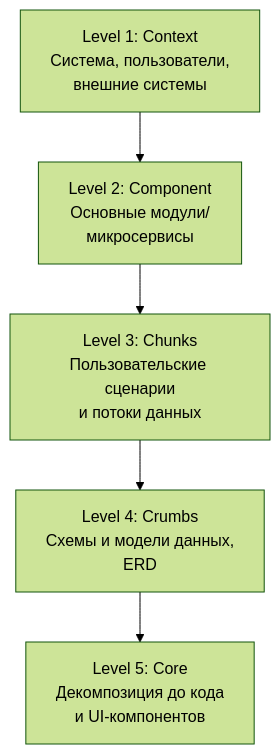
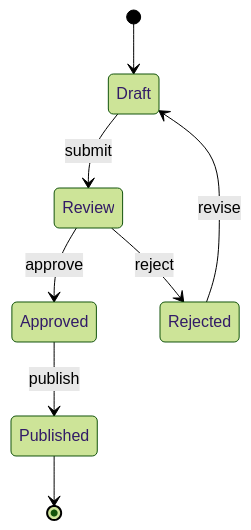
The fourth of 5 diagrams in content/1.mdx (GTFB/probo), drawn with Mermaid (forest theme) before and after one commit. The commit also changed other lines of this file and 30 other files, not shown here.

First line of the commit message:
Fix Mermaid diagrams rendering and styling issues

````diff
--- a/content/1.mdx
+++ b/content/1.mdx
@@ -70,12 +280,16 @@
 ```mermaid
 %% zoom: true
 %% height: 60vh
 %% zoom-min: 0.5
 %% zoom-max: 3
 %% zoom-initial: 0.8
-graph TD
-    C1["Level 1: Context<br/>Система, пользователи,<br/>внешние системы"] --> C2["Level 2: Component<br/>Основные модули/<br/>микросервисы"]
-    C2 --> C3["Level 3: Chunks<br/>Пользовательские сценарии<br/>и потоки данных"]
-    C3 --> C4["Level 4: Crumbs<br/>Схемы и модели данных,<br/>ERD"]
-    C4 --> C5["Level 5: Core<br/>Декомпозиция до кода<br/>и UI-компонентов"]
+%% disable-tooltip: true
+stateDiagram-v2
+    [*] --> Draft
+    Draft --> Review : submit
+    Review --> Approved : approve
+    Review --> Rejected : reject
+    Approved --> Published : publish
+    Rejected --> Draft : revise
+    Published --> [*]
 ```
````
